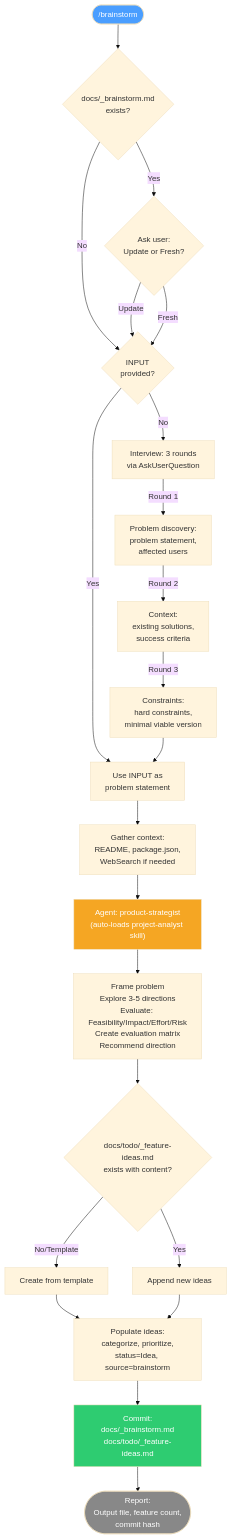
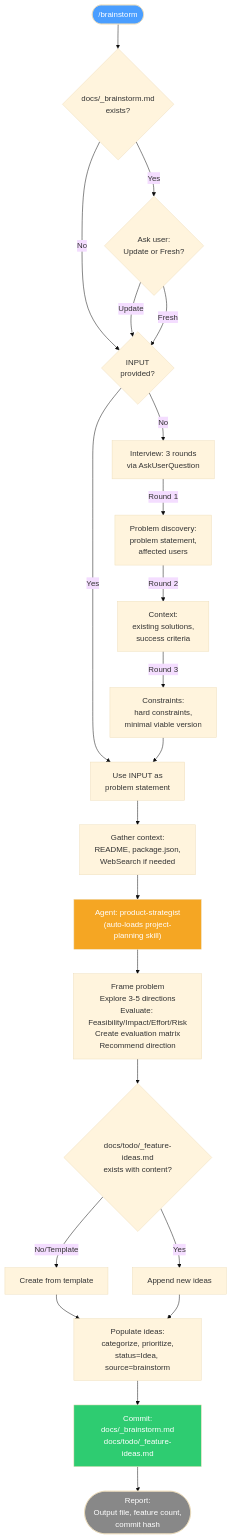
The first of 36 diagrams in docs/reference/commands.md (Domdhi/Agents.Domdhi), drawn with Mermaid (base theme) before and after one commit. The commit also changed other lines of this file and 102 other files, not shown here.

````diff
--- a/docs/reference/commands.md
+++ b/docs/reference/commands.md
@@ -77,35 +77,35 @@
 ```mermaid
 flowchart TD
     START(["/brainstorm"]) --> CHK{docs/_brainstorm.md\nexists?}
     CHK -->|Yes| ASK_MODE{Ask user:\nUpdate or Fresh?}
     CHK -->|No| CHK_INPUT{INPUT\nprovided?}
     ASK_MODE -->|Update| CHK_INPUT
     ASK_MODE -->|Fresh| CHK_INPUT
 
     CHK_INPUT -->|Yes| CONTEXT[Use INPUT as\nproblem statement]
     CHK_INPUT -->|No| INTERVIEW[Interview: 3 rounds\nvia AskUserQuestion]
 
     INTERVIEW -->|Round 1| Q1[Problem discovery:\nproblem statement,\naffected users]
     Q1 -->|Round 2| Q2[Context:\nexisting solutions,\nsuccess criteria]
     Q2 -->|Round 3| Q3[Constraints:\nhard constraints,\nminimal viable version]
     Q3 --> CONTEXT
 
     CONTEXT --> GATHER[Gather context:\nREADME, package.json,\nWebSearch if needed]
 
-    GATHER --> DELEGATE["Agent: product-strategist\n(auto-loads project-analyst skill)"]
+    GATHER --> DELEGATE["Agent: product-strategist\n(auto-loads project-planning skill)"]
     DELEGATE --> AGENT_WORK["Frame problem\nExplore 3-5 directions\nEvaluate: Feasibility/Impact/Effort/Risk\nCreate evaluation matrix\nRecommend direction"]
 
     AGENT_WORK --> FEATURE{docs/todo/_feature-ideas.md\nexists with content?}
     FEATURE -->|No/Template| CREATE_FI[Create from template]
     FEATURE -->|Yes| APPEND_FI[Append new ideas]
     CREATE_FI --> POPULATE[Populate ideas:\ncategorize, prioritize,\nstatus=Idea, source=brainstorm]
     APPEND_FI --> POPULATE
 
     POPULATE --> COMMIT["Commit:\ndocs/_brainstorm.md\ndocs/todo/_feature-ideas.md"]
     COMMIT --> REPORT(["Report:\nOutput file, feature count,\ncommit hash"])
 
     style START fill:#4a9eff,color:#fff
     style DELEGATE fill:#f5a623,color:#fff
     style COMMIT fill:#2ecc71,color:#fff
     style REPORT fill:#888,color:#fff
 ```
````
